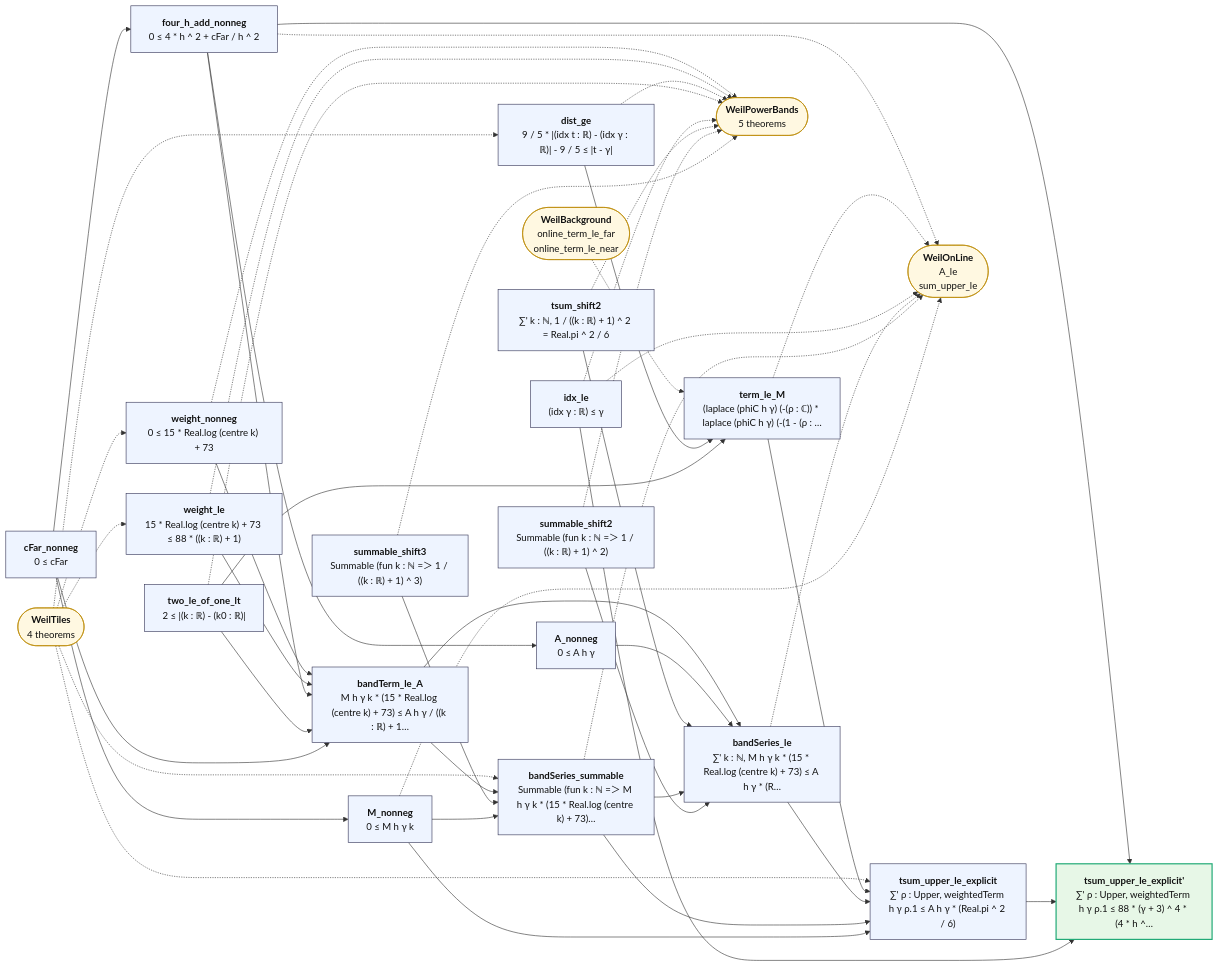
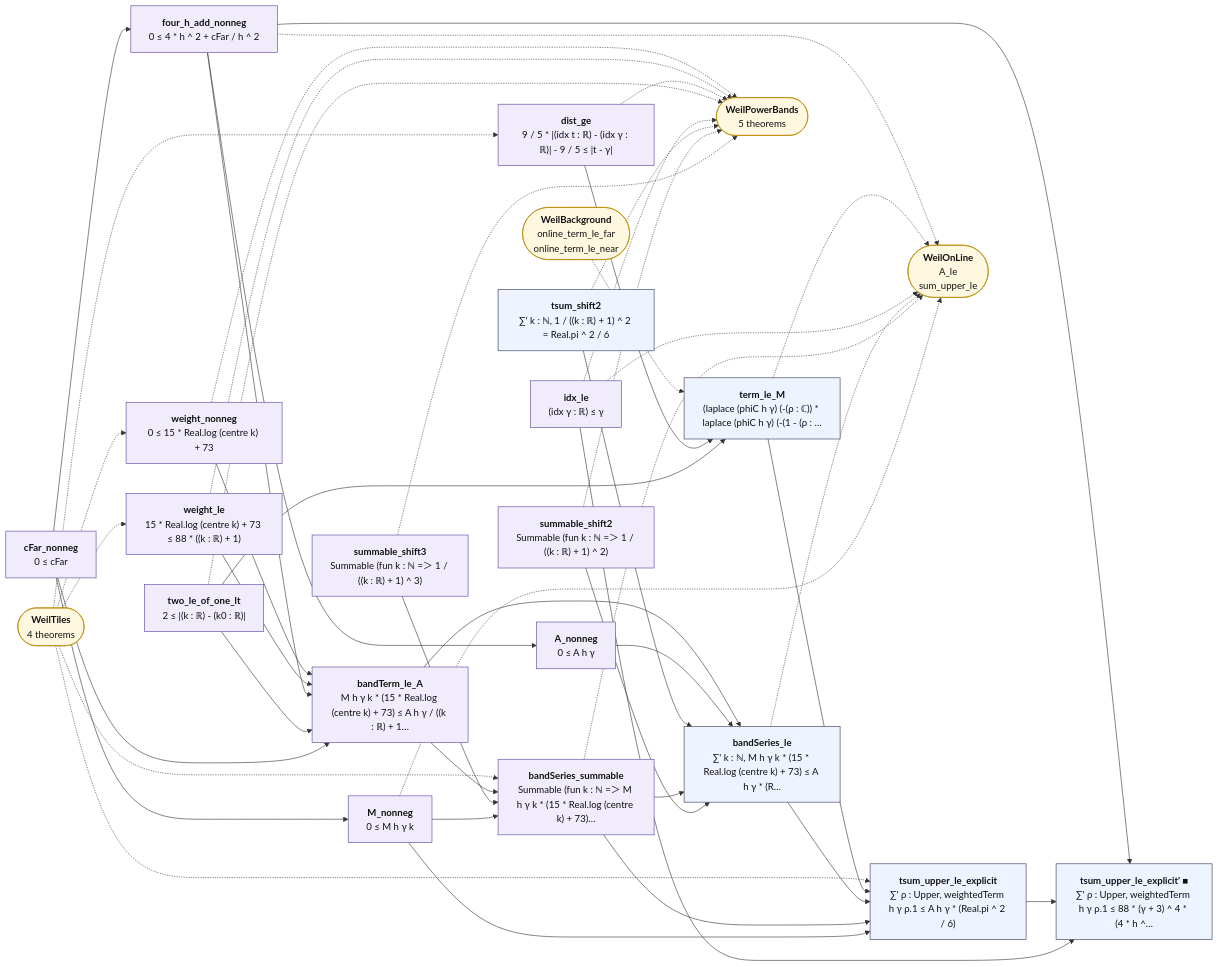
One commit to juliansambranojr/Primebeat_081426 changed the diagram in map/lean_stage3/WeilSeries.md. Above: the diagram before and after it, drawn with Mermaid. The commit also changed other lines of this file and 398 other files, not shown here.

````diff
--- a/map/lean_stage3/WeilSeries.md
+++ b/map/lean_stage3/WeilSeries.md
@@ -12,75 +12,78 @@
 ```mermaid
 flowchart LR
-  n0["<b>cFar_nonneg</b><br/>0 ≤ cFar"]:::thm
-  n1["<b>M_nonneg</b><br/>0 ≤ M h γ k"]:::thm
-  n2["<b>two_le_of_one_lt</b><br/>2 ≤ |(k : ℝ) - (k0 : ℝ)|"]:::thm
-  n3["<b>dist_ge</b><br/>9 / 5 * |(idx t : ℝ) - (idx γ : ℝ)| - 9 / 5 ≤ |t - γ|"]:::thm
+  n0["<b>cFar_nonneg</b><br/>0 ≤ cFar"]:::shp
+  n1["<b>M_nonneg</b><br/>0 ≤ M h γ k"]:::shp
+  n2["<b>two_le_of_one_lt</b><br/>2 ≤ |(k : ℝ) - (k0 : ℝ)|"]:::shp
+  n3["<b>dist_ge</b><br/>9 / 5 * |(idx t : ℝ) - (idx γ : ℝ)| - 9 / 5 ≤ |t - γ|"]:::shp
   n4["<b>term_le_M</b><br/>(laplace (phiC h γ) (-(ρ : ℂ)) * laplace (phiC h γ) (-(1 - (ρ : …"]:::thm
-  n5["<b>four_h_add_nonneg</b><br/>0 ≤ 4 * h ^ 2 + cFar / h ^ 2"]:::thm
-  n6["<b>A_nonneg</b><br/>0 ≤ A h γ"]:::thm
-  n7["<b>weight_le</b><br/>15 * Real.log (centre k) + 73 ≤ 88 * ((k : ℝ) + 1)"]:::thm
-  n8["<b>weight_nonneg</b><br/>0 ≤ 15 * Real.log (centre k) + 73"]:::thm
-  n9["<b>bandTerm_le_A</b><br/>M h γ k * (15 * Real.log (centre k) + 73) ≤ A h γ / ((k : ℝ) + 1…"]:::thm
-  n10["<b>summable_shift3</b><br/>Summable (fun k : ℕ =＞ 1 / ((k : ℝ) + 1) ^ 3)"]:::thm
-  n11["<b>summable_shift2</b><br/>Summable (fun k : ℕ =＞ 1 / ((k : ℝ) + 1) ^ 2)"]:::thm
-  n12["<b>bandSeries_summable</b><br/>Summable (fun k : ℕ =＞ M h γ k * (15 * Real.log (centre k) + 73)…"]:::thm
+  n5["<b>four_h_add_nonneg</b><br/>0 ≤ 4 * h ^ 2 + cFar / h ^ 2"]:::shp
+  n6["<b>A_nonneg</b><br/>0 ≤ A h γ"]:::shp
+  n7["<b>weight_le</b><br/>15 * Real.log (centre k) + 73 ≤ 88 * ((k : ℝ) + 1)"]:::shp
+  n8["<b>weight_nonneg</b><br/>0 ≤ 15 * Real.log (centre k) + 73"]:::shp
+  n9["<b>bandTerm_le_A</b><br/>M h γ k * (15 * Real.log (centre k) + 73) ≤ A h γ / ((k : ℝ) + 1…"]:::shp
+  n10["<b>summable_shift3</b><br/>Summable (fun k : ℕ =＞ 1 / ((k : ℝ) + 1) ^ 3)"]:::shp
+  n11["<b>summable_shift2</b><br/>Summable (fun k : ℕ =＞ 1 / ((k : ℝ) + 1) ^ 2)"]:::shp
+  n12["<b>bandSeries_summable</b><br/>Summable (fun k : ℕ =＞ M h γ k * (15 * Real.log (centre k) + 73)…"]:::shp
   n13["<b>tsum_shift2</b><br/>∑' k : ℕ, 1 / ((k : ℝ) + 1) ^ 2 = Real.pi ^ 2 / 6"]:::thm
   n14["<b>bandSeries_le</b><br/>∑' k : ℕ, M h γ k * (15 * Real.log (centre k) + 73) ≤ A h γ * (R…"]:::thm
-  n15["<b>idx_le</b><br/>(idx γ : ℝ) ≤ γ"]:::thm
+  n15["<b>idx_le</b><br/>(idx γ : ℝ) ≤ γ"]:::shp
   n16["<b>tsum_upper_le_explicit</b><br/>∑' ρ : Upper, weightedTerm h γ ρ.1 ≤ A h γ * (Real.pi ^ 2 / 6)"]:::thm
-  n17["<b>tsum_upper_le_explicit'</b><br/>∑' ρ : Upper, weightedTerm h γ ρ.1 ≤ 88 * (γ + 3) ^ 4 * (4 * h ^…"]:::end_
+  n17["<b>tsum_upper_le_explicit' ■</b><br/>∑' ρ : Upper, weightedTerm h γ ρ.1 ≤ 88 * (γ + 3) ^ 4 * (4 * h ^…"]:::thm
   x0(["<b>WeilOnLine</b><br/>A_le<br/>sum_upper_le"]):::ext
   x1(["<b>WeilPowerBands</b><br/>5 theorems"]):::ext
   x2(["<b>WeilTiles</b><br/>4 theorems"]):::ext
   x3(["<b>WeilBackground</b><br/>online_term_le_far<br/>online_term_le_near"]):::ext
   n0 --> n1
   n0 --> n5
   n0 --> n9
   n1 --> n12
   n1 --> n16
   n10 --> n12
   n11 --> n14
   n12 --> n14
   n12 --> n16
   n13 --> n14
   n14 --> n16
   n15 --> n17
   n16 --> n17
   n2 --> n4
   n2 --> n9
   n3 --> n4
   n4 --> n16
   n5 --> n17
   n5 --> n6
   n5 --> n9
   n6 --> n14
   n7 --> n9
   n8 --> n9
   n9 --> n12
   n9 --> n14
   n1 -.-> x0
   n10 -.-> x1
   n11 -.-> x1
   n12 -.-> x0
   n13 -.-> x1
   n14 -.-> x0
   n15 -.-> x0
   n15 -.-> x1
   n2 -.-> x1
   n3 -.-> x1
   n4 -.-> x0
   n5 -.-> x0
   n7 -.-> x1
   n8 -.-> x1
   x2 -.-> n12
   x2 -.-> n16
   x2 -.-> n3
   x2 -.-> n7
   x2 -.-> n8
   x3 -.-> n4
+  classDef cnt fill:#dff5ec,stroke:#17694a,color:#111
+  classDef shp fill:#f1ecfb,stroke:#5b3fa0,color:#111
+  classDef rh fill:#ffe5e5,stroke:#c22,color:#111,stroke-width:2px
   classDef thm fill:#eef4ff,stroke:#335,color:#111
   classDef end_ fill:#e7f7e7,stroke:#2a7,color:#111,stroke-width:2px
   classDef lone fill:#fff,stroke:#999,color:#111,stroke-dasharray:4 3
   classDef bad fill:#ffe5e5,stroke:#c22,color:#111,stroke-width:2px
   classDef ext fill:#fff8e1,stroke:#b80,color:#111
 ```
````
